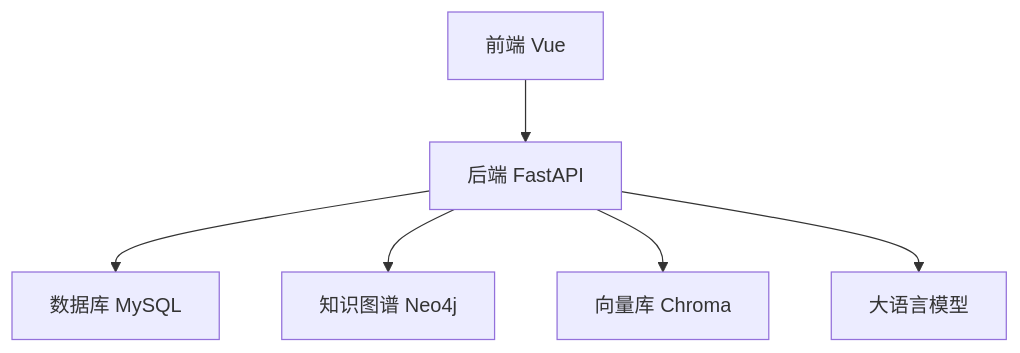
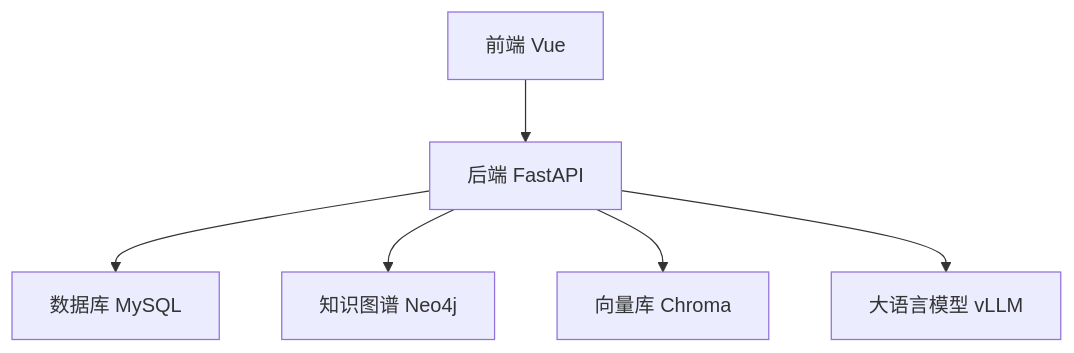
One commit to guoyc666/aicourse changed the fifth of 5 diagrams in docs/概要设计说明书.md. Above: the diagram before and after it, drawn with Mermaid. The commit also changed 12 other files, not shown here.

````diff
--- a/docs/概要设计说明书.md
+++ b/docs/概要设计说明书.md
@@ -248,8 +248,8 @@
 ```mermaid
 graph TD
     A[前端 Vue] --> B[后端 FastAPI]
     B --> C[数据库 MySQL]
     B --> D[知识图谱 Neo4j]
     B --> E[向量库 Chroma]
-    B --> F[大语言模型]
+    B --> F[大语言模型 vLLM]
 ```
````
